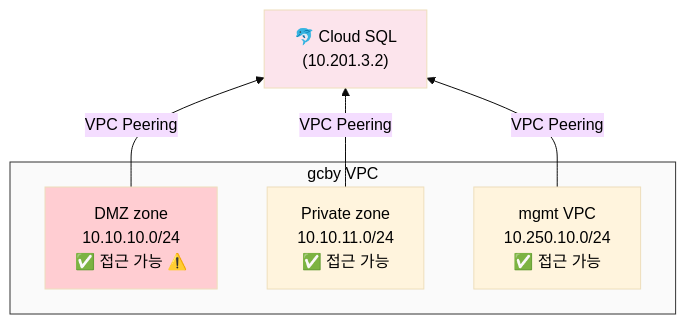
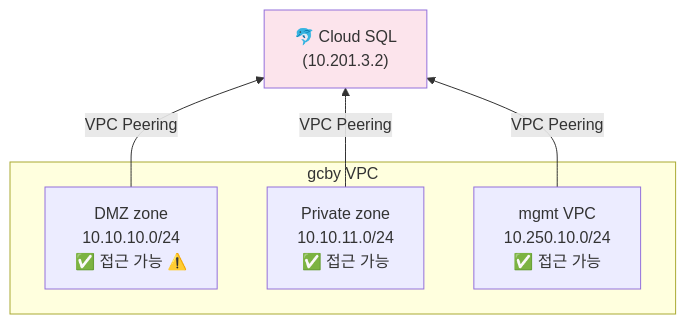
The fifth of 9 diagrams in terraform_gcp_infra/docs/architecture/network-design.md (JSJ2337/GCP_terraform_code), drawn with Mermaid before and after one commit. The commit also changed other lines of this file and 5 other files, not shown here.

First line of the commit message:
fix: Mermaid 다이어그램 테마를 default로 변경 및 단순화

````diff
--- a/terraform_gcp_infra/docs/architecture/network-design.md
+++ b/terraform_gcp_infra/docs/architecture/network-design.md
@@ -590,19 +579,18 @@
 ```mermaid
-%%{init: {'theme': 'base', 'themeVariables': { 'primaryTextColor': '#000000', 'secondaryTextColor': '#000000', 'tertiaryTextColor': '#000000', 'clusterBkg': '#ffffff', 'clusterBorder': '#333333' }}}%%
+%%{init: {'theme': 'default'}}%%
 flowchart BT
     SQL_BEFORE["🐬 Cloud SQL<br/>(10.201.3.2)"]
 
     subgraph VPC_BEFORE["gcby VPC"]
         DMZ_B["DMZ zone<br/>10.10.10.0/24<br/>✅ 접근 가능 ⚠️"]
         PRIV_B["Private zone<br/>10.10.11.0/24<br/>✅ 접근 가능"]
         MGMT_B["mgmt VPC<br/>10.250.10.0/24<br/>✅ 접근 가능"]
     end
 
     DMZ_B -->|VPC Peering| SQL_BEFORE
     PRIV_B -->|VPC Peering| SQL_BEFORE
     MGMT_B -->|VPC Peering| SQL_BEFORE
 
-    style VPC_BEFORE fill:#fafafa,color:#000000
-    style DMZ_B fill:#ffcdd2
+    style VPC_BEFORE fill:#fafafa    style DMZ_B fill:#ffcdd2
     style SQL_BEFORE fill:#fce4ec
 ```
````
